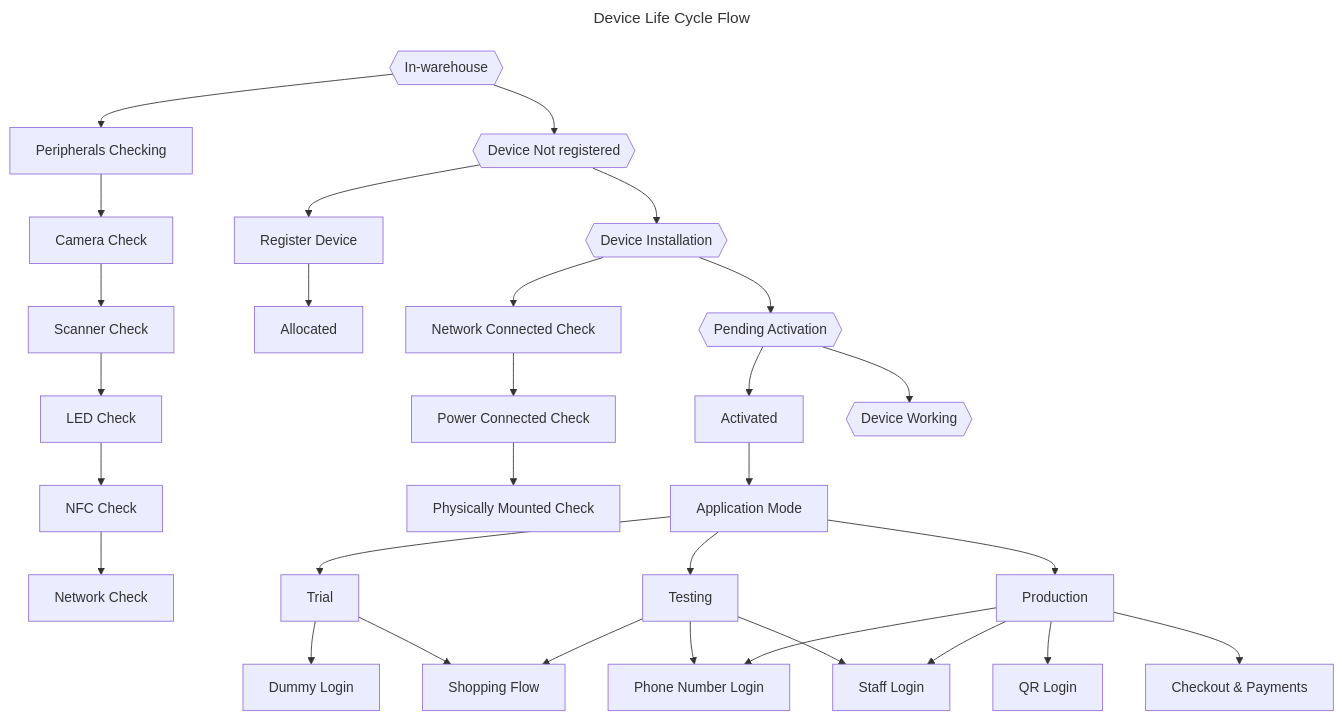
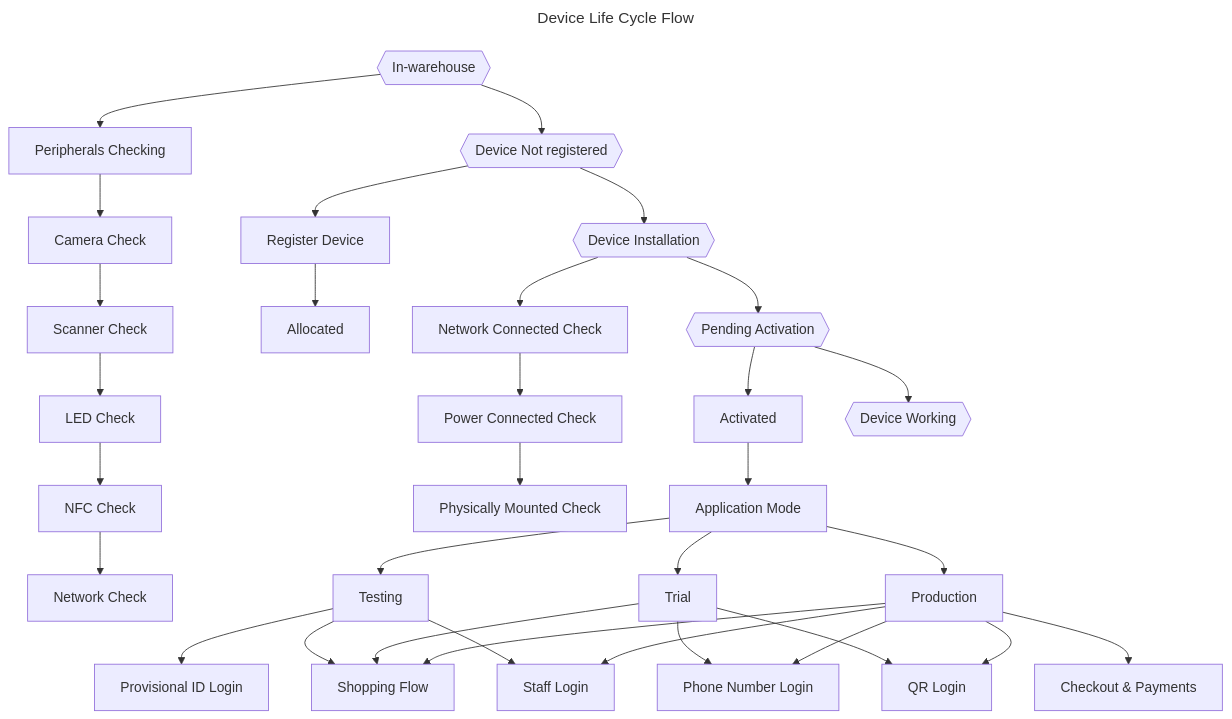
One commit to Ayush750502/PrologicTechnologies2025 changed the diagram in SkipQ/TO-DO 18-May-2026/README.MD. Above: the diagram before and after it, drawn with Mermaid.

````diff
--- a/SkipQ/TO-DO 18-May-2026/README.MD
+++ b/SkipQ/TO-DO 18-May-2026/README.MD
@@ -7,72 +7,76 @@
 ```mermaid
 ---
 title: Device Life Cycle Flow
 ---
 flowchart TD
 	A{{In-warehouse}}
 	A1[Peripherals Checking]
 	A2[Camera Check]
 	A3[Scanner Check]
 	A4[LED Check]
 	A5[NFC Check]
 	A6[Network Check]
 
 	B{{Device Not registered}}
 	B1[Register Device]
 	B2[Allocated]
 
 	C{{Device Installation}}
 	C1[Network Connected Check]
 	C2[Power Connected Check]
 	C3[Physically Mounted Check]
 
 	D{{Pending Activation}}
 	D1[Activated]
 	D2[Application Mode]
-	D21[Trial]
-	D211[Dummy Login]
+	D21[Testing]
+	D211[Provisional ID Login]
 	D212[Shopping Flow]
-	D22[Testing]
-	D221[Staff Login]
+	D213[Staff Login]
+	D22[Trial]
 	D23[Production]
 	D231[Phone Number Login]
 	D232[QR Login]
 	D233[Checkout & Payments]
 
 	E{{Device Working}}
 
 	A --> B --> C --> D --> E
 
 	A --> A1 --> A2 --> A3 --> A4 --> A5 --> A6
 
 	B --> B1 --> B2
 
 	C --> C1 --> C2 --> C3
 
 	D --> D1 --> D2
 
 	D2 --> D21 
 
 	D2 --> D22
 
 	D2 --> D23
 
 	D21 --> D211
 
 	D21 --> D212
 
+	D21 --> D213
+
 	D22 --> D231
 
+	D22 --> D232
+
 	D22 --> D212
-
-	D22 --> D221
 
 	D23 --> D231
 
 	D23 --> D232
 
-	D23 --> D221
+	D23 --> D212
+
+	D23 --> D213
 
 	D23 --> D233
 
 ```
````
